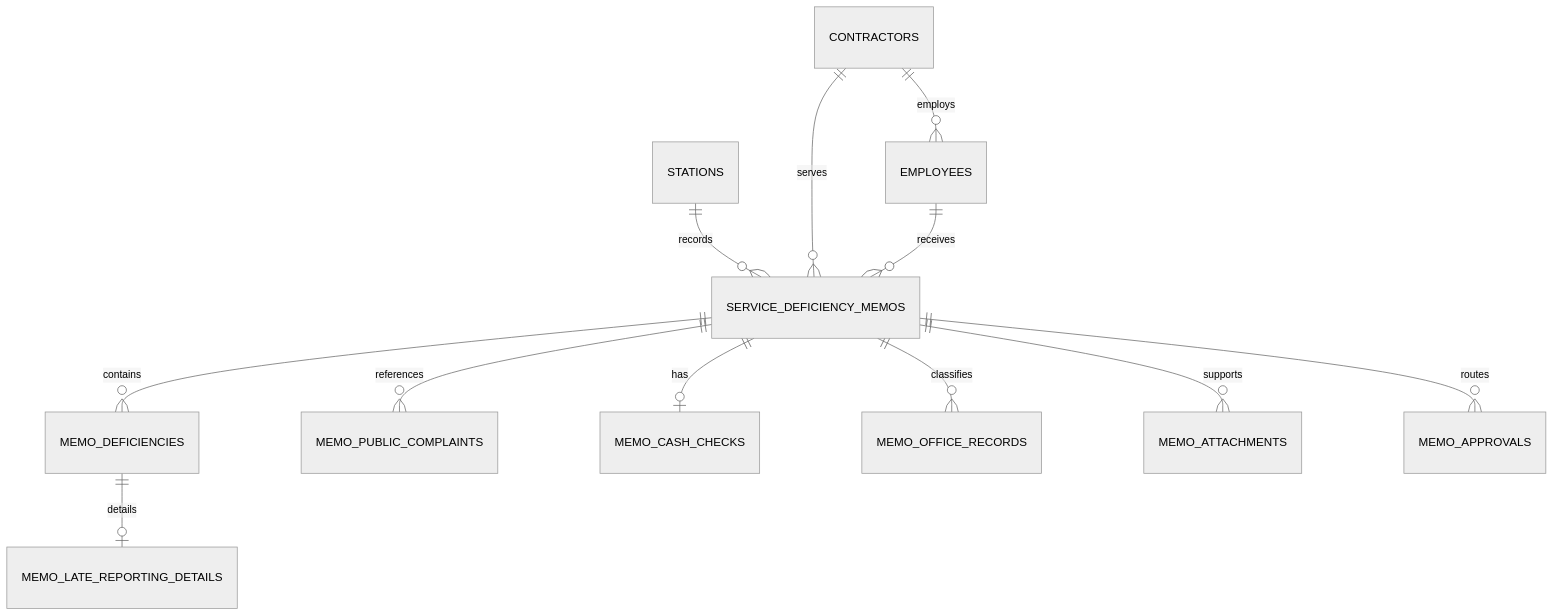
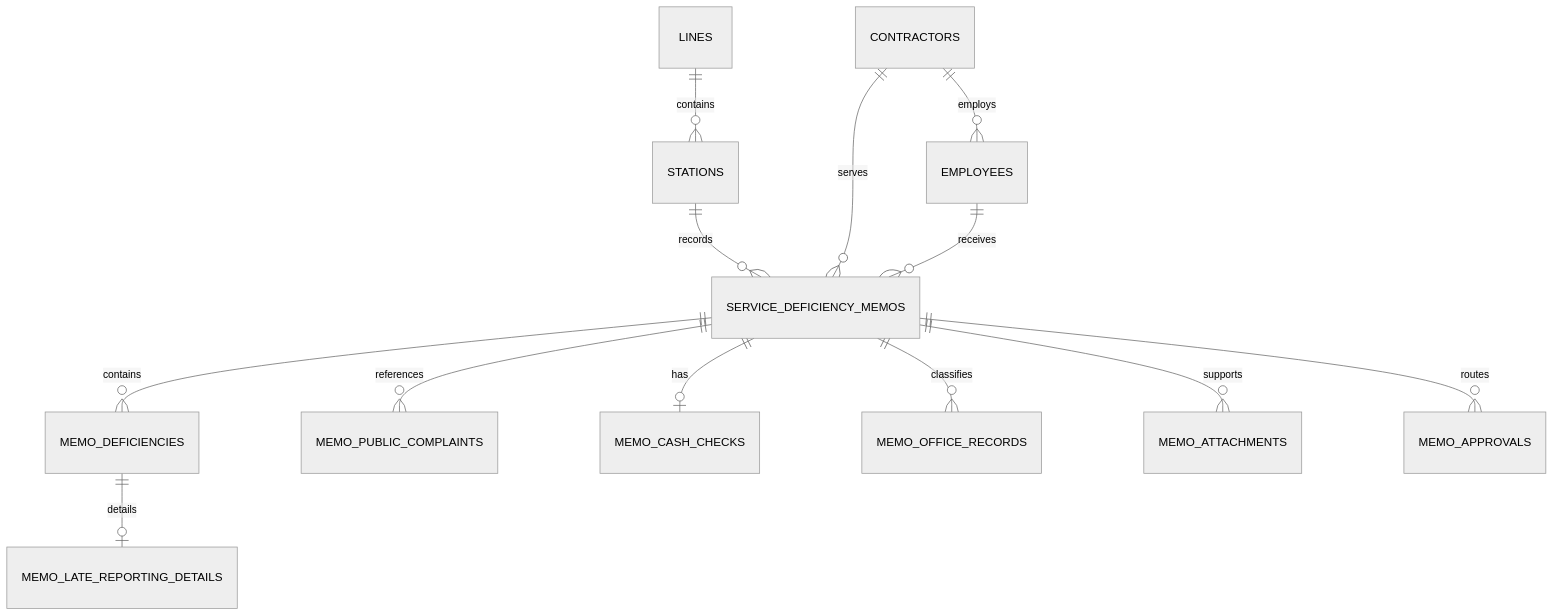
One commit to Preety-chopra/SDM changed the diagram in database/SDM_SCHEMA.md. Above: the diagram before and after it, drawn with Mermaid (neutral theme). The commit also changed other lines of this file and 56 other files, not shown here.

````diff
--- a/database/SDM_SCHEMA.md
+++ b/database/SDM_SCHEMA.md
@@ -12,14 +16,15 @@
 ```mermaid
 erDiagram
     STATIONS ||--o{ SERVICE_DEFICIENCY_MEMOS : records
+    LINES ||--o{ STATIONS : contains
     CONTRACTORS ||--o{ EMPLOYEES : employs
     CONTRACTORS ||--o{ SERVICE_DEFICIENCY_MEMOS : serves
     EMPLOYEES ||--o{ SERVICE_DEFICIENCY_MEMOS : receives
     SERVICE_DEFICIENCY_MEMOS ||--o{ MEMO_DEFICIENCIES : contains
     MEMO_DEFICIENCIES ||--o| MEMO_LATE_REPORTING_DETAILS : details
     SERVICE_DEFICIENCY_MEMOS ||--o{ MEMO_PUBLIC_COMPLAINTS : references
     SERVICE_DEFICIENCY_MEMOS ||--o| MEMO_CASH_CHECKS : has
     SERVICE_DEFICIENCY_MEMOS ||--o{ MEMO_OFFICE_RECORDS : classifies
     SERVICE_DEFICIENCY_MEMOS ||--o{ MEMO_ATTACHMENTS : supports
     SERVICE_DEFICIENCY_MEMOS ||--o{ MEMO_APPROVALS : routes
 ```
````
